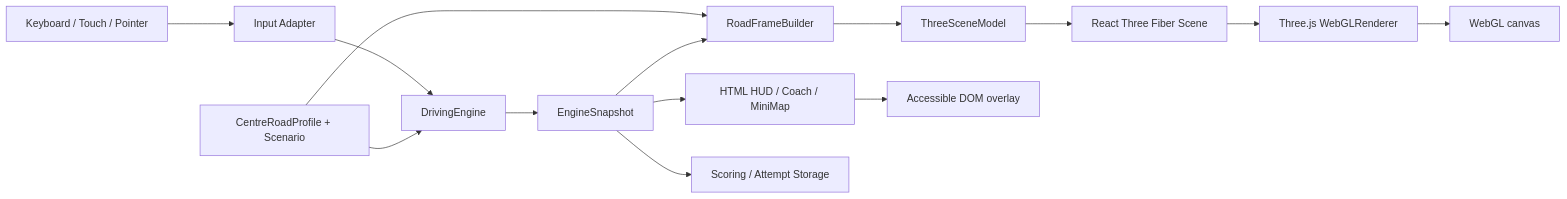
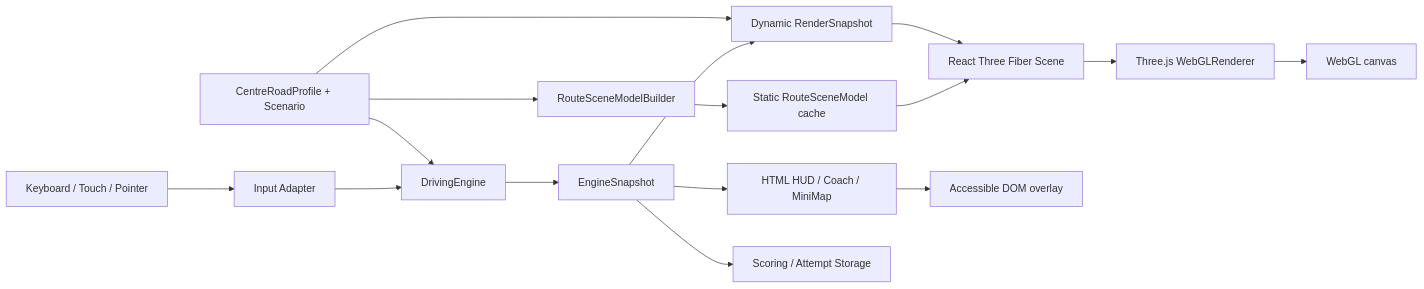
Before and after one commit to nieyy/my-ai-brain: the diagram in docs/designs/2026-08-17-ontario-g-test-threejs-lightweight-3d-renderer-design-zh.md, drawn with Mermaid. The commit also changed other lines of this file, not shown here.

Commit message:
docs: finalize Three.js renderer design

````diff
--- a/docs/designs/2026-08-17-ontario-g-test-threejs-lightweight-3d-renderer-design-zh.md
+++ b/docs/designs/2026-08-17-ontario-g-test-threejs-lightweight-3d-renderer-design-zh.md
@@ -144,16 +145,18 @@
 ```mermaid
 flowchart LR
   A["Keyboard / Touch / Pointer"] --> B["Input Adapter"]
   B --> C["DrivingEngine"]
   D["CentreRoadProfile + Scenario"] --> C
   C --> E["EngineSnapshot"]
-  D --> F["RoadFrameBuilder"]
-  E --> F
-  F --> G["ThreeSceneModel"]
-  G --> H["React Three Fiber Scene"]
-  H --> I["Three.js WebGLRenderer"]
+  D --> F["RouteSceneModelBuilder"]
+  F --> G["Static RouteSceneModel cache"]
+  E --> H["Dynamic RenderSnapshot"]
+  D --> H
+  G --> I["React Three Fiber Scene"]
+  H --> I
+  I --> N["Three.js WebGLRenderer"]
   E --> J["HTML HUD / Coach / MiniMap"]
   E --> K["Scoring / Attempt Storage"]
-  I --> L["WebGL canvas"]
+  N --> L["WebGL canvas"]
   J --> M["Accessible DOM overlay"]
 ```
````
